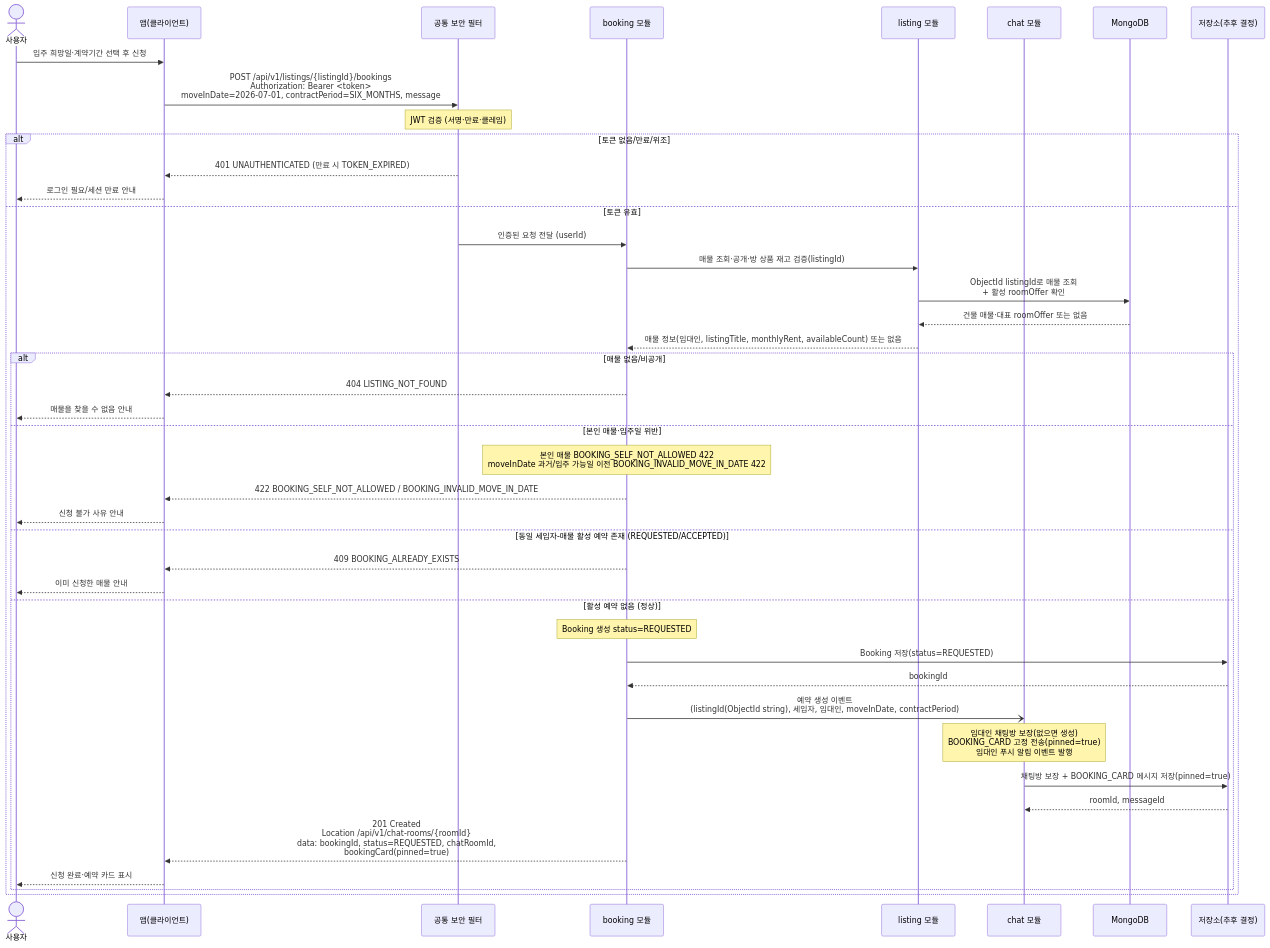
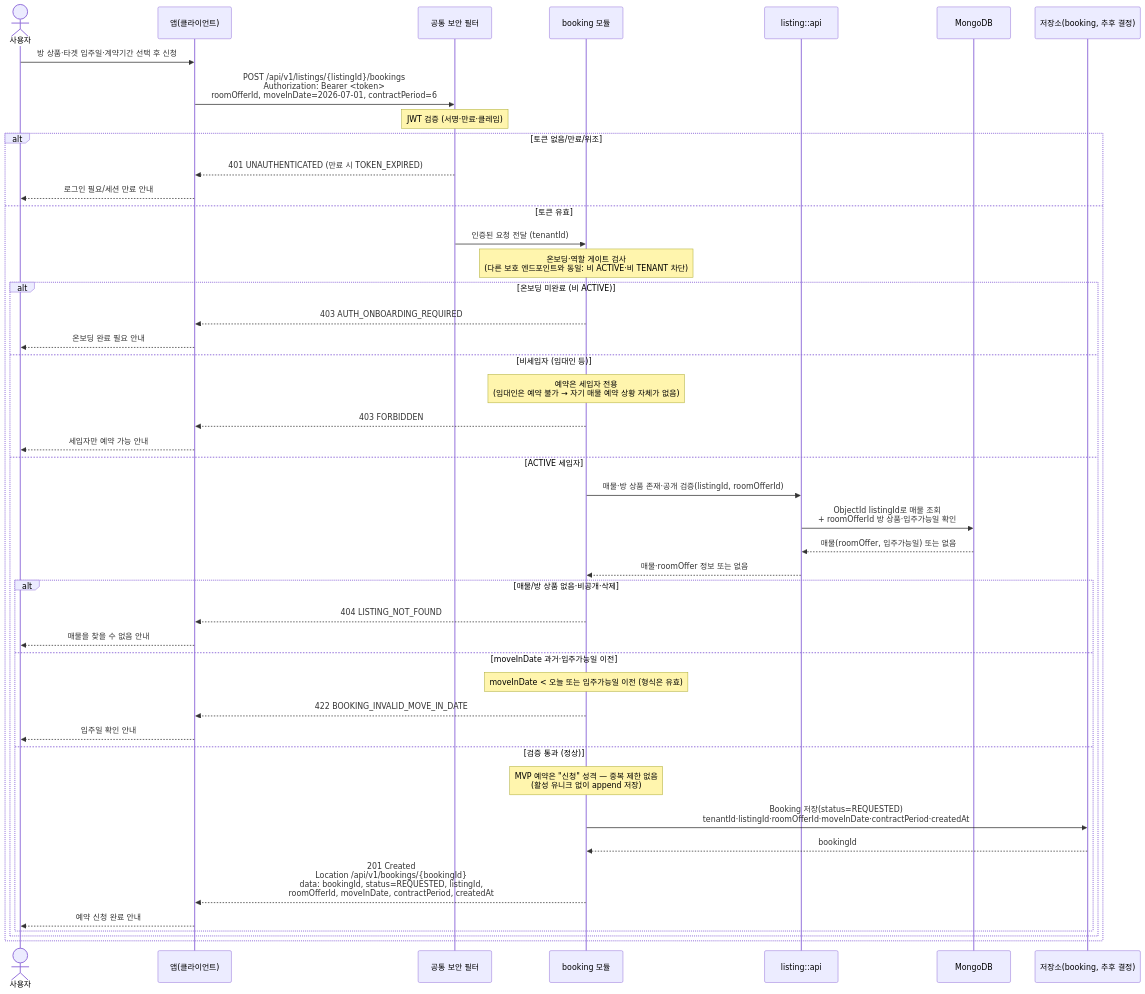
The diagram in docs/architecture/sequence-diagrams/04-booking-inquiry-chat/us-4-1-booking-create.md (jameskim9509/Kohere-backend), drawn with Mermaid before and after one commit. The commit also changed other lines of this file and 15 other files, not shown here.

````diff
--- a/docs/architecture/sequence-diagrams/04-booking-inquiry-chat/us-4-1-booking-create.md
+++ b/docs/architecture/sequence-diagrams/04-booking-inquiry-chat/us-4-1-booking-create.md
@@ -5,48 +5,51 @@
 ```mermaid
 sequenceDiagram
     actor U as 사용자
     participant C as 앱(클라이언트)
     participant SEC as 공통 보안 필터
     participant BOOK as booking 모듈
-    participant LIST as listing 모듈
-    participant CHAT as chat 모듈
+    participant LIST as listing::api
     participant MDB as MongoDB
-    participant XDB as 저장소(추후 결정)
+    participant XDB as 저장소(booking, 추후 결정)
 
-    U->>C: 입주 희망일·계약기간 선택 후 신청
-    C->>SEC: POST /api/v1/listings/{listingId}/bookings<br/>Authorization: Bearer <token><br/>moveInDate=2026-07-01, contractPeriod=SIX_MONTHS, message
+    U->>C: 방 상품·타겟 입주일·계약기간 선택 후 신청
+    C->>SEC: POST /api/v1/listings/{listingId}/bookings<br/>Authorization: Bearer <token><br/>roomOfferId, moveInDate=2026-07-01, contractPeriod=6
     Note over SEC: JWT 검증 (서명·만료·클레임)
 
     alt 토큰 없음/만료/위조
         SEC-->>C: 401 UNAUTHENTICATED (만료 시 TOKEN_EXPIRED)
         C-->>U: 로그인 필요/세션 만료 안내
     else 토큰 유효
-        SEC->>BOOK: 인증된 요청 전달 (userId)
-        BOOK->>LIST: 매물 조회·공개·방 상품 재고 검증(listingId)
-        LIST->>MDB: ObjectId listingId로 매물 조회<br/>+ 활성 roomOffer 확인
-        MDB-->>LIST: 건물 매물·대표 roomOffer 또는 없음
-        LIST-->>BOOK: 매물 정보(임대인, listingTitle, monthlyRent, availableCount) 또는 없음
+        SEC->>BOOK: 인증된 요청 전달 (tenantId)
+        Note over BOOK: 온보딩·역할 게이트 검사<br/>(다른 보호 엔드포인트와 동일: 비 ACTIVE·비 TENANT 차단)
 
-        alt 매물 없음/비공개
-            BOOK-->>C: 404 LISTING_NOT_FOUND
-            C-->>U: 매물을 찾을 수 없음 안내
-        else 본인 매물·입주일 위반
-            Note over BOOK: 본인 매물 BOOKING_SELF_NOT_ALLOWED 422<br/>moveInDate 과거/입주 가능일 이전 BOOKING_INVALID_MOVE_IN_DATE 422
-            BOOK-->>C: 422 BOOKING_SELF_NOT_ALLOWED / BOOKING_INVALID_MOVE_IN_DATE
-            C-->>U: 신청 불가 사유 안내
-        else 동일 세입자-매물 활성 예약 존재 (REQUESTED/ACCEPTED)
-            BOOK-->>C: 409 BOOKING_ALREADY_EXISTS
-            C-->>U: 이미 신청한 매물 안내
-        else 활성 예약 없음 (정상)
-            Note over BOOK: Booking 생성 status=REQUESTED
-            BOOK->>XDB: Booking 저장(status=REQUESTED)
-            XDB-->>BOOK: bookingId
-            BOOK-)CHAT: 예약 생성 이벤트<br/>(listingId(ObjectId string), 세입자, 임대인, moveInDate, contractPeriod)
-            Note over CHAT: 임대인 채팅방 보장(없으면 생성)<br/>BOOKING_CARD 고정 전송(pinned=true)<br/>임대인 푸시 알림 이벤트 발행
-            CHAT->>XDB: 채팅방 보장 + BOOKING_CARD 메시지 저장(pinned=true)
-            XDB-->>CHAT: roomId, messageId
-            BOOK-->>C: 201 Created<br/>Location /api/v1/chat-rooms/{roomId}<br/>data: bookingId, status=REQUESTED, chatRoomId,<br/>bookingCard(pinned=true)
-            C-->>U: 신청 완료·예약 카드 표시
+        alt 온보딩 미완료 (비 ACTIVE)
+            BOOK-->>C: 403 AUTH_ONBOARDING_REQUIRED
+            C-->>U: 온보딩 완료 필요 안내
+        else 비세입자 (임대인 등)
+            Note over BOOK: 예약은 세입자 전용<br/>(임대인은 예약 불가 → 자기 매물 예약 상황 자체가 없음)
+            BOOK-->>C: 403 FORBIDDEN
+            C-->>U: 세입자만 예약 가능 안내
+        else ACTIVE 세입자
+            BOOK->>LIST: 매물·방 상품 존재·공개 검증(listingId, roomOfferId)
+            LIST->>MDB: ObjectId listingId로 매물 조회<br/>+ roomOfferId 방 상품·입주가능일 확인
+            MDB-->>LIST: 매물(roomOffer, 입주가능일) 또는 없음
+            LIST-->>BOOK: 매물·roomOffer 정보 또는 없음
+
+            alt 매물/방 상품 없음·비공개·삭제
+                BOOK-->>C: 404 LISTING_NOT_FOUND
+                C-->>U: 매물을 찾을 수 없음 안내
+            else moveInDate 과거·입주가능일 이전
+                Note over BOOK: moveInDate < 오늘 또는 입주가능일 이전 (형식은 유효)
+                BOOK-->>C: 422 BOOKING_INVALID_MOVE_IN_DATE
+                C-->>U: 입주일 확인 안내
+            else 검증 통과 (정상)
+                Note over BOOK: MVP 예약은 "신청" 성격 — 중복 제한 없음<br/>(활성 유니크 없이 append 저장)
+                BOOK->>XDB: Booking 저장(status=REQUESTED)<br/>tenantId·listingId·roomOfferId·moveInDate·contractPeriod·createdAt
+                XDB-->>BOOK: bookingId
+                BOOK-->>C: 201 Created<br/>Location /api/v1/bookings/{bookingId}<br/>data: bookingId, status=REQUESTED, listingId,<br/>roomOfferId, moveInDate, contractPeriod, createdAt
+                C-->>U: 예약 신청 완료 안내
+            end
         end
     end
 ```
````
